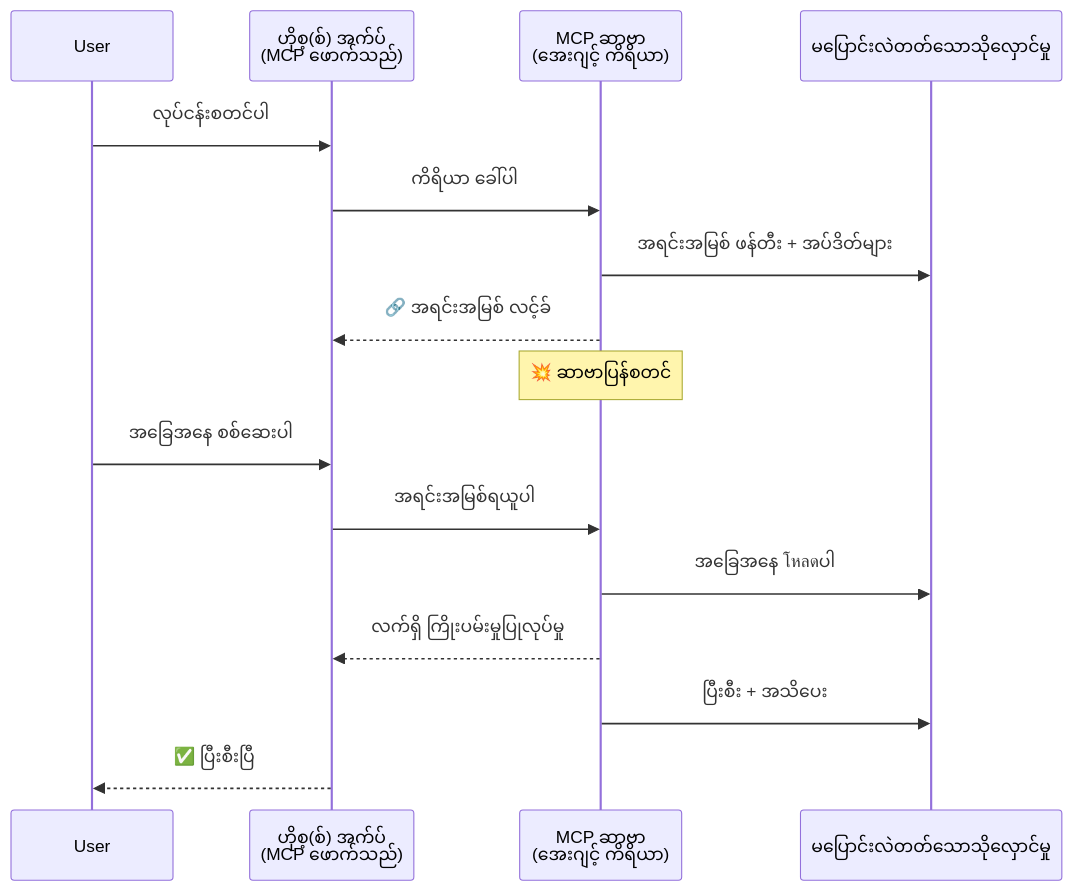
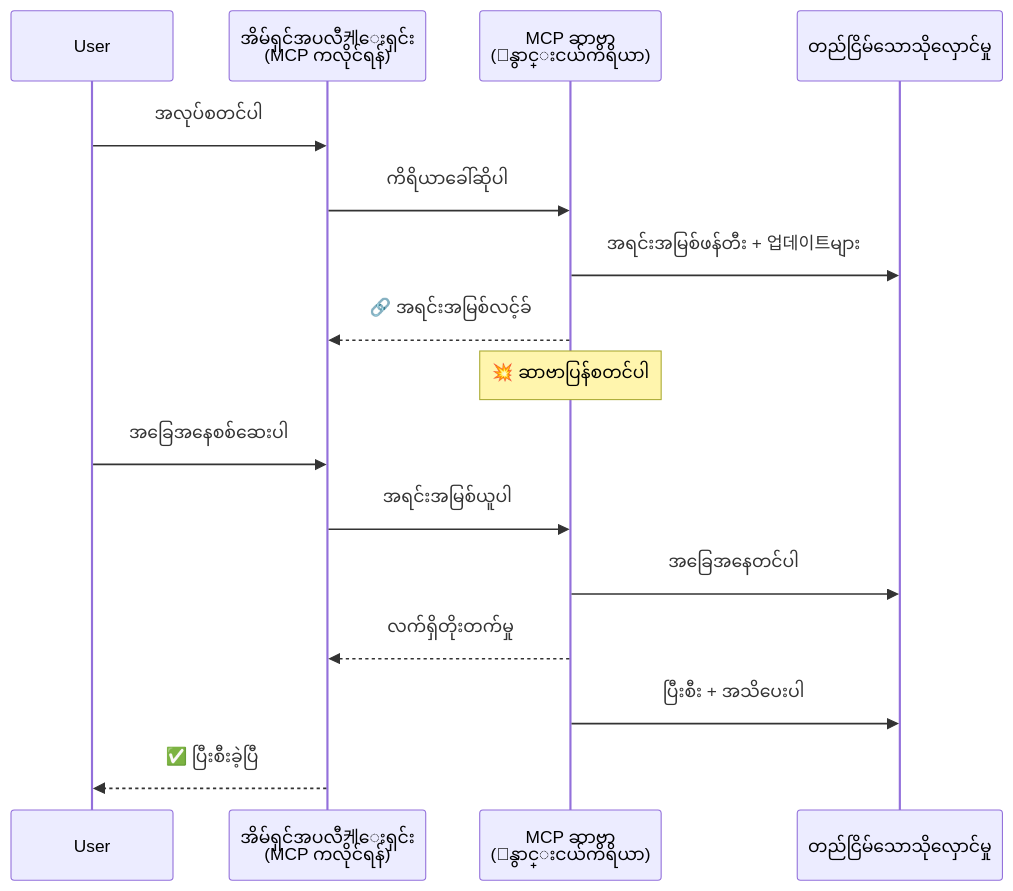
The third of 5 diagrams in mirrors/repos/microsoft@ai-agents-for-beginners/translations/my/11-agentic-protocols/code_samples/mcp-agents/README.md (gabrielmoreira/agent-skills-mirror), drawn with Mermaid before and after one commit. The commit also changed other lines of this file and 4262 other files, not shown here.

````diff
--- a/mirrors/repos/microsoft@ai-agents-for-beginners/translations/my/11-agentic-protocols/code_samples/mcp-agents/README.md
+++ b/mirrors/repos/microsoft@ai-agents-for-beginners/translations/my/11-agentic-protocols/code_samples/mcp-agents/README.md
@@ -123,21 +123,21 @@
 ```mermaid
 sequenceDiagram
     participant User
-    participant Host as ဟိုစ့(စ်) အက်ပ်<br/>(MCP ဖောက်သည်)
-    participant Server as MCP ဆာဗာ<br/>(အေးဂျင့် ကိရိယာ)
-    participant DB as မပြောင်းလဲတတ်သောသိုလှောင်မှု
+    participant Host as အိမ်ရှင်အပလီ케ေးရှင်း<br/>(MCP ကလိုင်ရန်)
+    participant Server as MCP ဆာဗာ<br/>(ေနွာင္းငယ်ကိရိယာ)
+    participant DB as တည်ငြိမ်သောသိုလှောင်မှု
 
-    User->>Host: လုပ်ငန်းစတင်ပါ
-    Host->>Server: ကိရိယာ ခေါ်ပါ
-    Server->>DB: အရင်းအမြစ် ဖန်တီး + အပ်ဒိတ်များ
-    Server-->>Host: 🔗 အရင်းအမြစ် လင့်ခ်
+    User->>Host: အလုပ်စတင်ပါ
+    Host->>Server: ကိရိယာခေါ်ဆိုပါ
+    Server->>DB: အရင်းအမြစ်ဖန်တီး + 업데이트များ
+    Server-->>Host: 🔗 အရင်းအမြစ်လင့်ခ်
 
-    Note over Server: 💥 ဆာဗာပြန်စတင်
+    Note over Server: 💥 ဆာဗာပြန်စတင်ပါ
 
-    User->>Host: အခြေအနေ စစ်ဆေးပါ
-    Host->>Server: အရင်းအမြစ်ရယူပါ
-    Server->>DB: အခြေအနေ โหลดပါ
-    Server-->>Host: လက်ရှိ ကြိုးပမ်းမှုပြုလုပ်မှု
-    Server->>DB: ပြီးစီး + အသိပေး
-    Host-->>User: ✅ ပြီးစီးပြီ
+    User->>Host: အခြေအနေစစ်ဆေးပါ
+    Host->>Server: အရင်းအမြစ်ယူပါ
+    Server->>DB: အခြေအနေတင်ပါ
+    Server-->>Host: လက်ရှိတိုးတက်မှု
+    Server->>DB: ပြီးစီး + အသိပေးပါ
+    Host-->>User: ✅ ပြီးစီးခဲ့ပြီ
 ```
````
